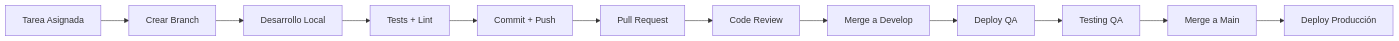
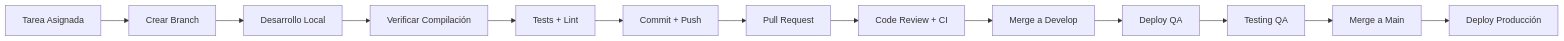
One commit to Trivance-io/trivance-ai-orchestrator changed the diagram in docs/WORKFLOWS.md. Above: the diagram before and after it, drawn with Mermaid. The commit also changed other lines of this file and 27 other files, not shown here.

````diff
--- a/docs/WORKFLOWS.md
+++ b/docs/WORKFLOWS.md
@@ -35,14 +35,15 @@
 ```mermaid
 graph LR
     A[Tarea Asignada] --> B[Crear Branch]
     B --> C[Desarrollo Local]
-    C --> D[Tests + Lint]
-    D --> E[Commit + Push]
-    E --> F[Pull Request]
-    F --> G[Code Review]
-    G --> H[Merge a Develop]
-    H --> I[Deploy QA]
-    I --> J[Testing QA]
-    J --> K[Merge a Main]
-    K --> L[Deploy Producción]
+    C --> D[Verificar Compilación]
+    D --> E[Tests + Lint]
+    E --> F[Commit + Push]
+    F --> G[Pull Request]
+    G --> H[Code Review + CI]
+    H --> I[Merge a Develop]
+    I --> J[Deploy QA]
+    J --> K[Testing QA]
+    K --> L[Merge a Main]
+    L --> M[Deploy Producción]
 ```
````
